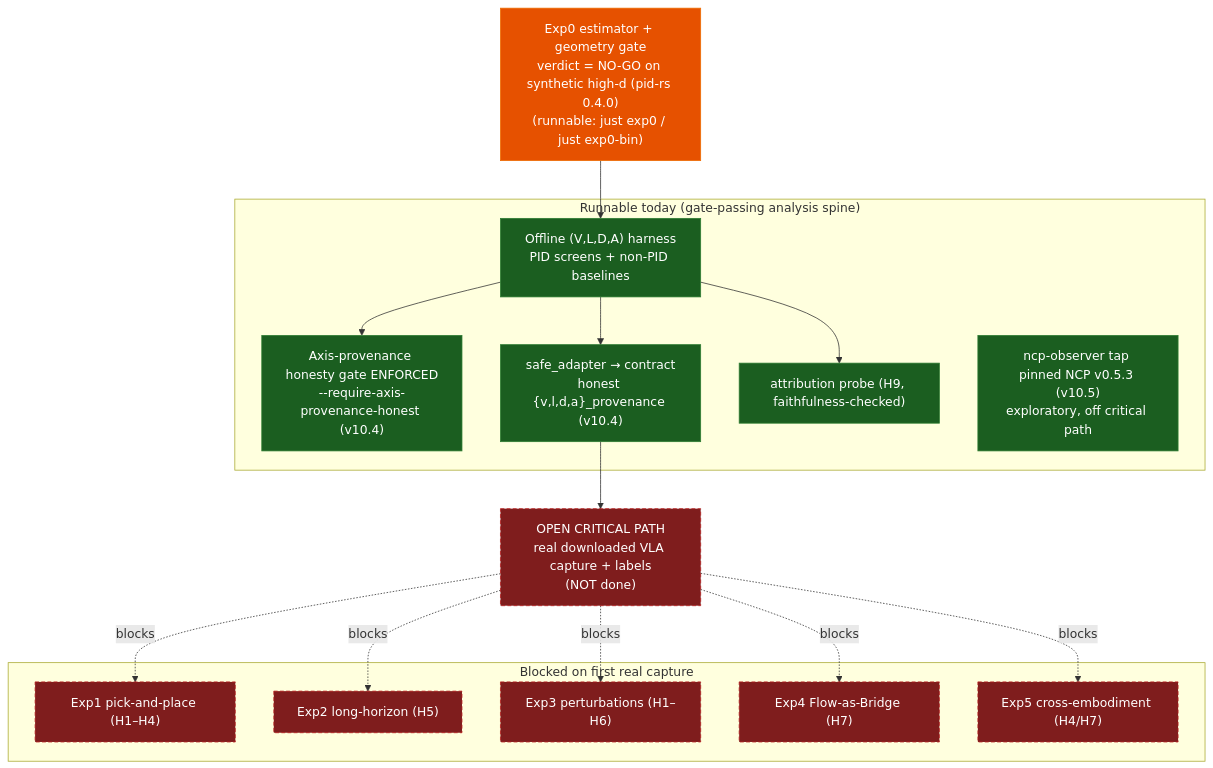
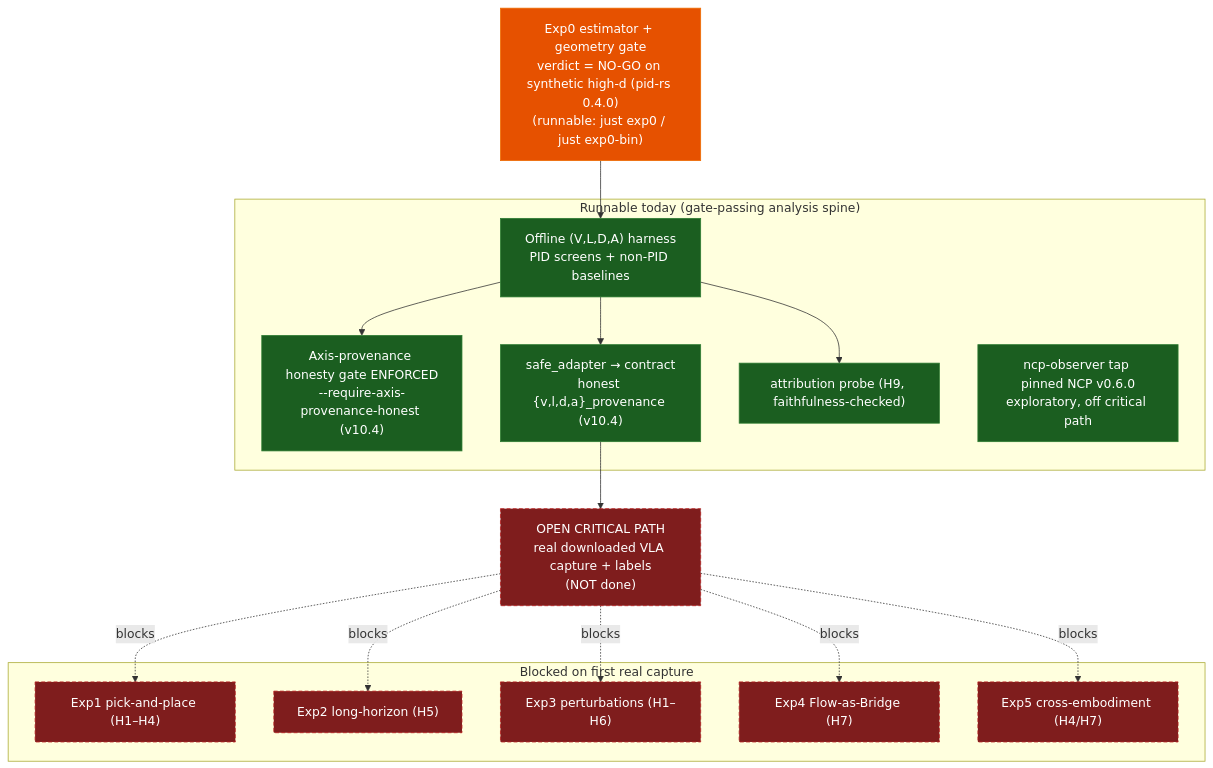
One commit to sepahead/prisoma changed the first of 18 diagrams in DIAGRAMS.md. Above: the diagram before and after it, drawn with Mermaid. The commit also changed 11 other files, not shown here.

First line of the commit message:
chore+fix(ncp-observer): re-pin NCP v0.6.0 + enforce wire-0.6 version/seq on ingress

````diff
--- a/DIAGRAMS.md
+++ b/DIAGRAMS.md
@@ -22,33 +22,33 @@
 ```mermaid
 flowchart TD
     classDef run fill:#1b5e20,stroke:#2e7d32,color:#fff;
     classDef gate fill:#e65100,stroke:#ef6c00,color:#fff;
     classDef blocked fill:#7f1d1d,stroke:#b71c1c,color:#fff,stroke-dasharray:5 3;
 
     Exp0["Exp0 estimator + geometry gate<br/>verdict = NO-GO on synthetic high-d (pid-rs 0.4.0)<br/>(runnable: just exp0 / just exp0-bin)"]:::gate
 
     subgraph Today["Runnable today (gate-passing analysis spine)"]
         Harness["Offline (V,L,D,A) harness<br/>PID screens + non-PID baselines"]:::run
         ProvGate["Axis-provenance honesty gate ENFORCED<br/>--require-axis-provenance-honest (v10.4)"]:::run
         Adapter["safe_adapter → contract<br/>honest {v,l,d,a}_provenance (v10.4)"]:::run
         Attr["attribution probe (H9, faithfulness-checked)"]:::run
-        Obs["ncp-observer tap pinned NCP v0.5.3 (v10.5)<br/>exploratory, off critical path"]:::run
+        Obs["ncp-observer tap pinned NCP v0.6.0<br/>exploratory, off critical path"]:::run
     end
 
     Capture["OPEN CRITICAL PATH<br/>real downloaded VLA capture + labels<br/>(NOT done)"]:::blocked
 
     subgraph Blocked["Blocked on first real capture"]
         E1["Exp1 pick-and-place (H1–H4)"]:::blocked
         E2["Exp2 long-horizon (H5)"]:::blocked
         E3["Exp3 perturbations (H1–H6)"]:::blocked
         E4["Exp4 Flow-as-Bridge (H7)"]:::blocked
         E5["Exp5 cross-embodiment (H4/H7)"]:::blocked
     end
 
     Exp0 --> Harness
     Harness --> ProvGate
     Harness --> Adapter
     Harness --> Attr
     Adapter --> Capture
     Capture -. blocks .-> E1 & E2 & E3 & E4 & E5
 ```
````
